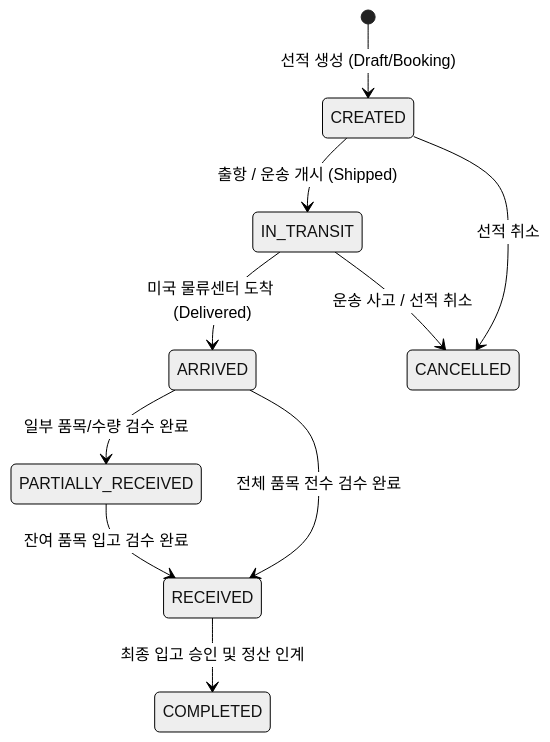
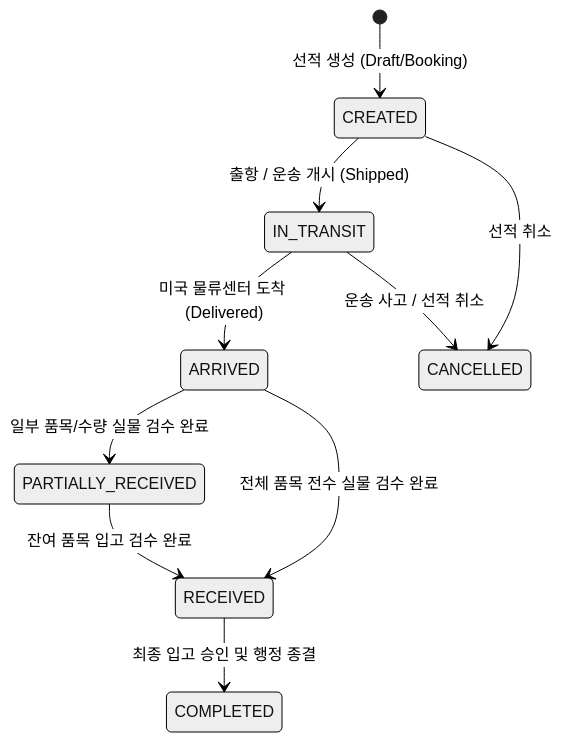
Before and after one commit to chaehahm-Kr/KBGP-Portal: the fifth of 7 diagrams in Manuals/MAN-B-LOG-001_Shipping-Logistics/01_SOURCE/MAN-B-LOG-001_Workflow_Map.md, drawn with Mermaid (neutral theme). The commit also changed other lines of this file and 3 other files, not shown here.

````diff
--- a/Manuals/MAN-B-LOG-001_Shipping-Logistics/01_SOURCE/MAN-B-LOG-001_Workflow_Map.md
+++ b/Manuals/MAN-B-LOG-001_Shipping-Logistics/01_SOURCE/MAN-B-LOG-001_Workflow_Map.md
@@ -146,16 +151,16 @@
 ```mermaid
 stateDiagram-v2
     [*] --> CREATED : 선적 생성 (Draft/Booking)
     
     CREATED --> IN_TRANSIT : 출항 / 운송 개시 (Shipped)
     IN_TRANSIT --> ARRIVED : 미국 물류센터 도착 (Delivered)
     
-    ARRIVED --> PARTIALLY_RECEIVED : 일부 품목/수량 검수 완료
-    ARRIVED --> RECEIVED : 전체 품목 전수 검수 완료
+    ARRIVED --> PARTIALLY_RECEIVED : 일부 품목/수량 실물 검수 완료
+    ARRIVED --> RECEIVED : 전체 품목 전수 실물 검수 완료
     PARTIALLY_RECEIVED --> RECEIVED : 잔여 품목 입고 검수 완료
     
-    RECEIVED --> COMPLETED : 최종 입고 승인 및 정산 인계
+    RECEIVED --> COMPLETED : 최종 입고 승인 및 행정 종결
     
     CREATED --> CANCELLED : 선적 취소
     IN_TRANSIT --> CANCELLED : 운송 사고 / 선적 취소
 ```
````
